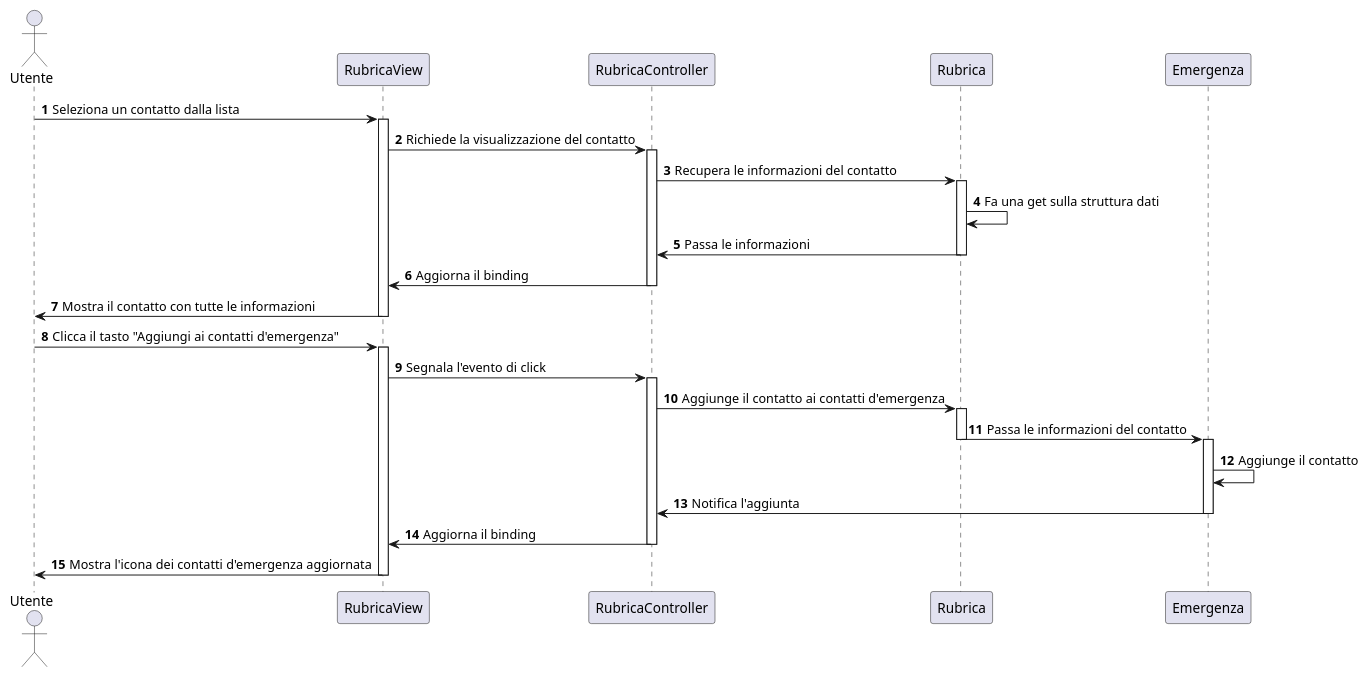
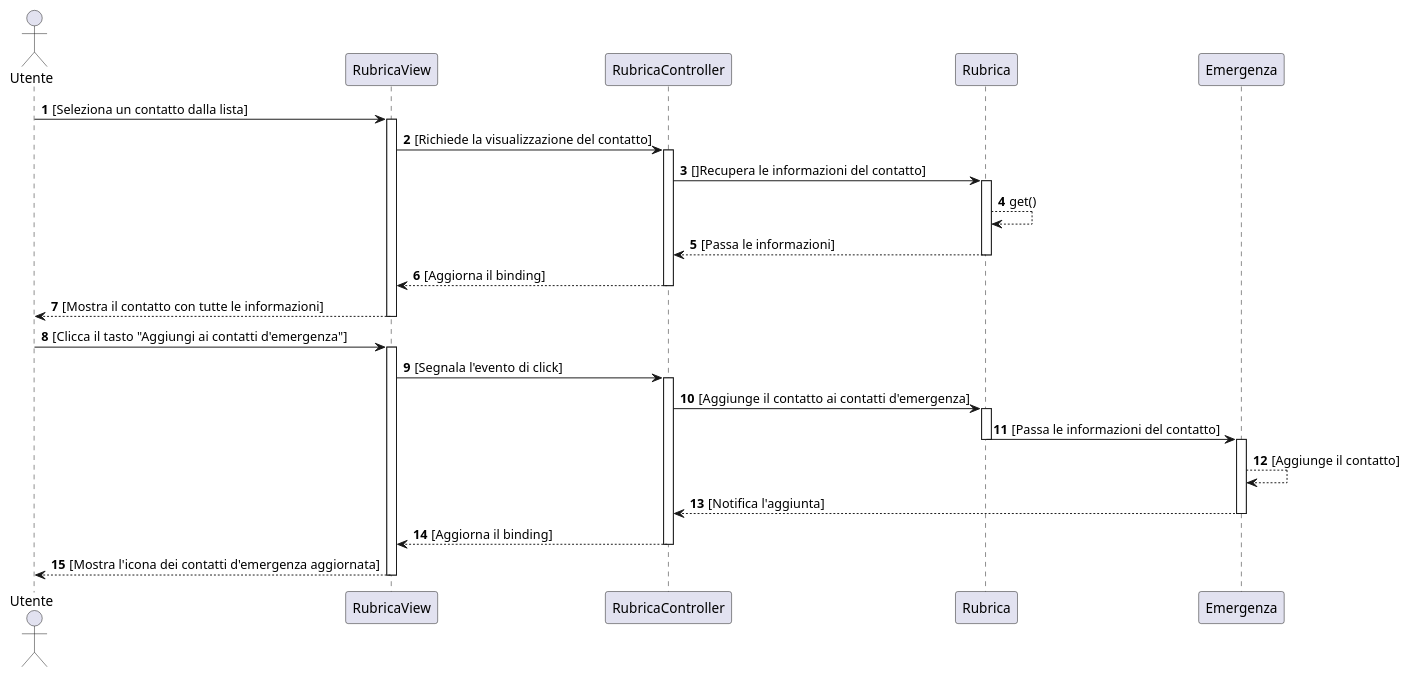
One commit to emanueletocci/uni-swe-project changed the diagram in docs/bozze/Diagrammi/Sequenza/ScenarioAggiuntaEmergenza.puml. Above: the diagram before and after it, drawn with PlantUML. The commit also changed 2 other files, not shown here.

```diff
--- a/docs/bozze/Diagrammi/Sequenza/ScenarioAggiuntaEmergenza.puml
+++ b/docs/bozze/Diagrammi/Sequenza/ScenarioAggiuntaEmergenza.puml
@@ -1,37 +1,37 @@
 @startuml
 'https://plantuml.com/sequence-diagram
 autonumber
 actor Utente
 
-Utente -> RubricaView : Seleziona un contatto dalla lista
+Utente -> RubricaView : [Seleziona un contatto dalla lista]
 activate RubricaView
-RubricaView -> RubricaController : Richiede la visualizzazione del contatto
+RubricaView -> RubricaController : [Richiede la visualizzazione del contatto]
 activate RubricaController
-RubricaController -> Rubrica : Recupera le informazioni del contatto
+RubricaController -> Rubrica : []Recupera le informazioni del contatto]
 activate Rubrica
-Rubrica -> Rubrica : Fa una get sulla struttura dati
-Rubrica -> RubricaController : Passa le informazioni
+Rubrica --> Rubrica : get()
+Rubrica --> RubricaController : [Passa le informazioni]
 deactivate Rubrica
-RubricaController -> RubricaView : Aggiorna il binding
+RubricaController --> RubricaView : [Aggiorna il binding]
 deactivate RubricaController
-RubricaView -> Utente : Mostra il contatto con tutte le informazioni
+RubricaView --> Utente : [Mostra il contatto con tutte le informazioni]
 deactivate RubricaView
 
-Utente -> RubricaView : Clicca il tasto "Aggiungi ai contatti d'emergenza"
+Utente -> RubricaView : [Clicca il tasto "Aggiungi ai contatti d'emergenza"]
 activate RubricaView
-RubricaView -> RubricaController : Segnala l'evento di click
+RubricaView -> RubricaController : [Segnala l'evento di click]
 activate RubricaController
-RubricaController -> Rubrica : Aggiunge il contatto ai contatti d'emergenza
+RubricaController -> Rubrica : [Aggiunge il contatto ai contatti d'emergenza]
 activate Rubrica
-Rubrica -> Emergenza : Passa le informazioni del contatto
+Rubrica -> Emergenza : [Passa le informazioni del contatto]
 deactivate Rubrica
 activate Emergenza
-Emergenza -> Emergenza : Aggiunge il contatto
+Emergenza --> Emergenza : [Aggiunge il contatto]
 
-Emergenza -> RubricaController : Notifica l'aggiunta
+Emergenza --> RubricaController : [Notifica l'aggiunta]
 deactivate Emergenza
-RubricaController -> RubricaView : Aggiorna il binding
+RubricaController --> RubricaView : [Aggiorna il binding]
 deactivate RubricaController
-RubricaView -> Utente : Mostra l'icona dei contatti d'emergenza aggiornata
+RubricaView --> Utente : [Mostra l'icona dei contatti d'emergenza aggiornata]
 deactivate RubricaView
 @enduml
```
